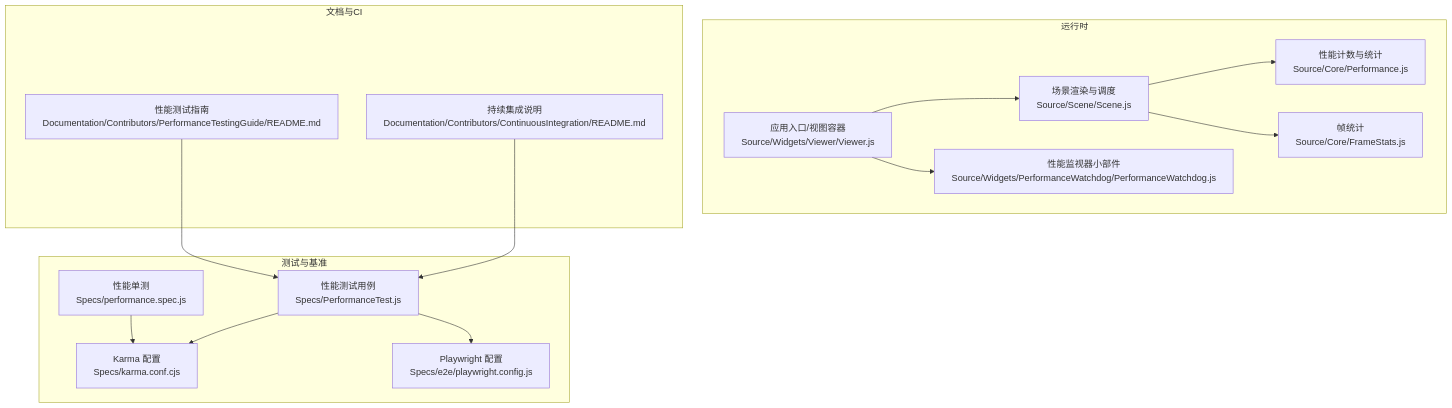
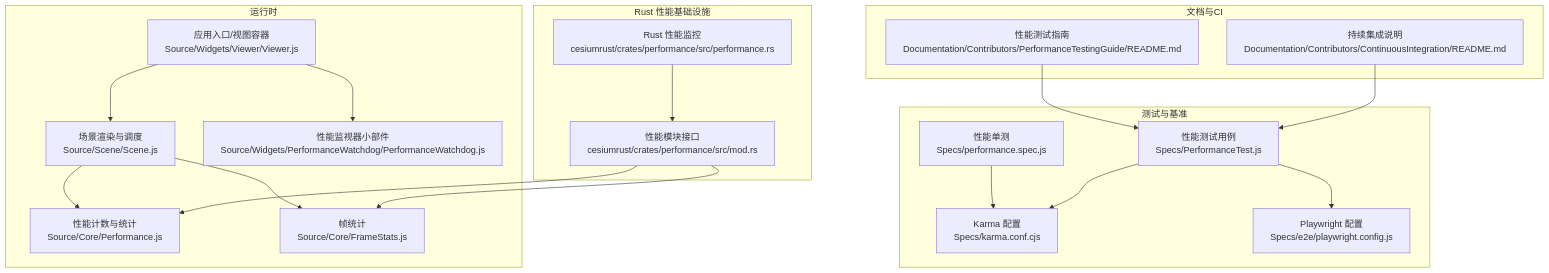
The first of 6 diagrams in .qoder/repowiki/zh/content/性能优化/性能监控与分析.md (rzhangjing/cesium), drawn with Mermaid before and after one commit. The commit also changed other lines of this file and 60 other files, not shown here.

````diff
--- a/.qoder/repowiki/zh/content/性能优化/性能监控与分析.md
+++ b/.qoder/repowiki/zh/content/性能优化/性能监控与分析.md
@@ -40,29 +51,36 @@
 ```mermaid
 graph TB
+subgraph "Rust 性能基础设施"
+PERF_RS["Rust 性能监控<br/>cesiumrust/crates/performance/src/performance.rs"]
+PERF_MOD["性能模块接口<br/>cesiumrust/crates/performance/src/mod.rs"]
+end
 subgraph "运行时"
 P["性能计数与统计<br/>Source/Core/Performance.js"]
 FS["帧统计<br/>Source/Core/FrameStats.js"]
 S["场景渲染与调度<br/>Source/Scene/Scene.js"]
 V["应用入口/视图容器<br/>Source/Widgets/Viewer/Viewer.js"]
 PW["性能监视器小部件<br/>Source/Widgets/PerformanceWatchdog/PerformanceWatchdog.js"]
 end
 subgraph "测试与基准"
 PT["性能测试用例<br/>Specs/PerformanceTest.js"]
 PS["性能单测<br/>Specs/performance.spec.js"]
 K["Karma 配置<br/>Specs/karma.conf.cjs"]
 PC["Playwright 配置<br/>Specs/e2e/playwright.config.js"]
 end
 subgraph "文档与CI"
 CI["持续集成说明<br/>Documentation/Contributors/ContinuousIntegration/README.md"]
 PTG["性能测试指南<br/>Documentation/Contributors/PerformanceTestingGuide/README.md"]
 end
+PERF_RS --> PERF_MOD
+PERF_MOD --> P
+PERF_MOD --> FS
 V --> S
 S --> P
 S --> FS
 V --> PW
 PT --> K
 PS --> K
 PT --> PC
 CI --> PT
 PTG --> PT
 ```
````
